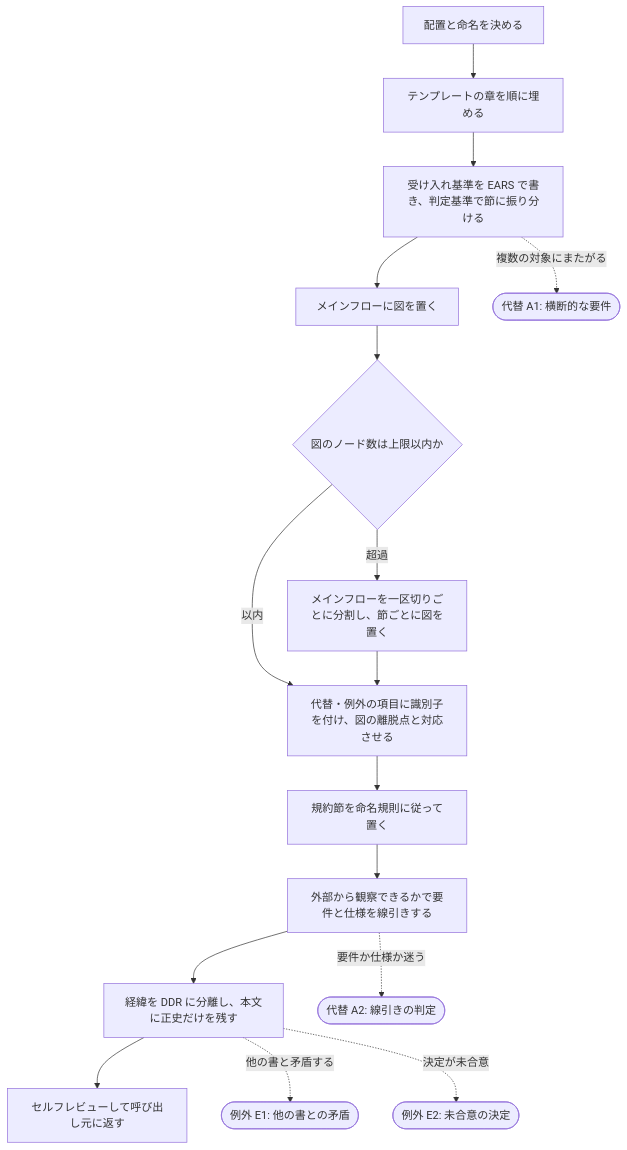
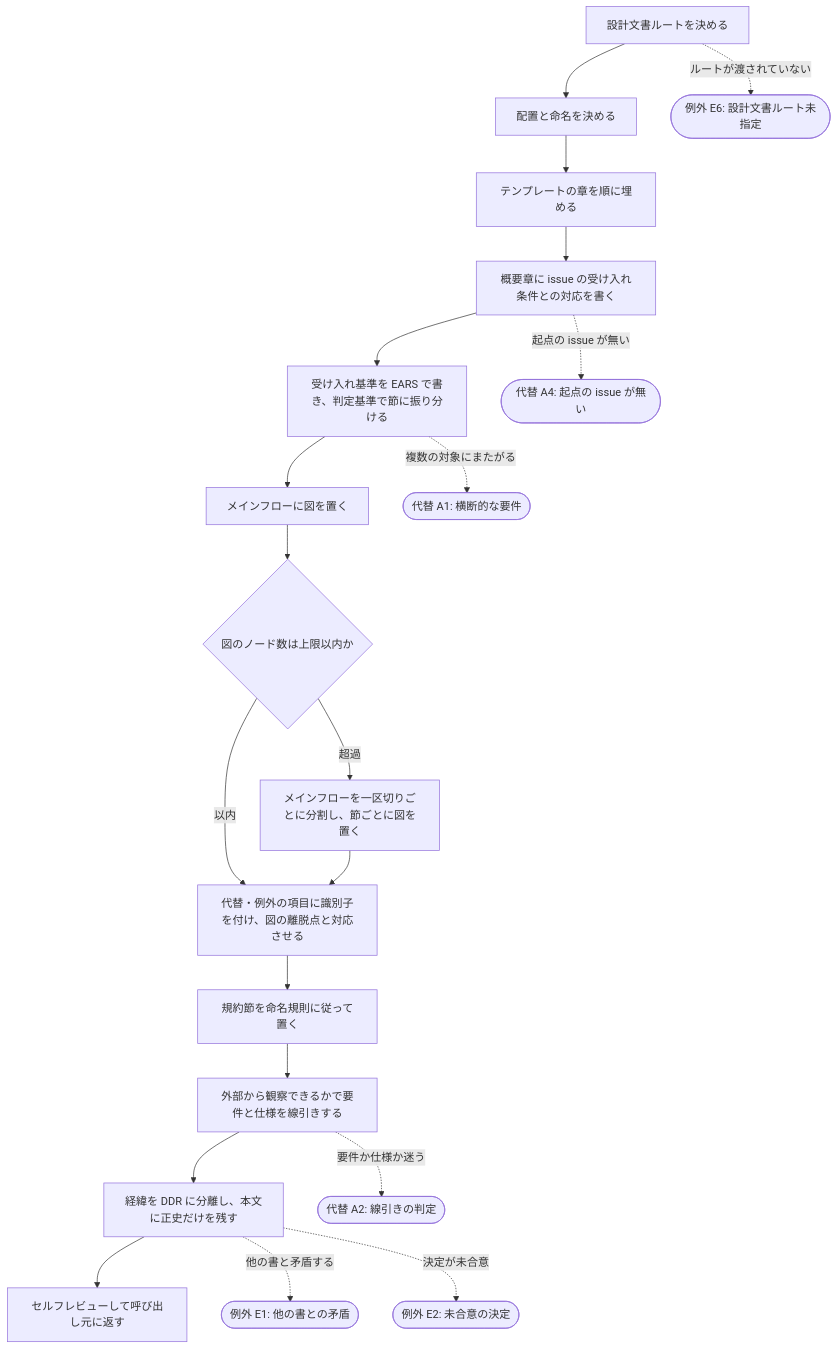
One commit to yuki-matsu783/issue-mr-ticket-workflow changed the diagram in .claude/docs/00_requirement/skills/20-common-step-requirement.md. Above: the diagram before and after it, drawn with Mermaid. The commit also changed other lines of this file and 54 other files, not shown here.

````diff
--- a/.claude/docs/00_requirement/skills/20-common-step-requirement.md
+++ b/.claude/docs/00_requirement/skills/20-common-step-requirement.md
@@ -37,22 +47,28 @@
 ```mermaid
 flowchart TD
-  M1[配置と命名を決める] --> M2[テンプレートの章を順に埋める]
-  M2 --> M3[受け入れ基準を EARS で書き、判定基準で節に振り分ける]
-  M3 --> M4[メインフローに図を置く]
+  M0[設計文書ルートを決める] --> M1[配置と命名を決める]
+  M1 --> M12[テンプレートの章を順に埋める]
+  M12 --> M13[概要章に issue の受け入れ条件との対応を書く]
+  M13 --> M2[受け入れ基準を EARS で書き、判定基準で節に振り分ける]
+  M2 --> M4[メインフローに図を置く]
   M4 --> M5{図のノード数は上限以内か}
   M5 -->|以内| M7[代替・例外の項目に識別子を付け、図の離脱点と対応させる]
   M5 -->|超過| M6[メインフローを一区切りごとに分割し、節ごとに図を置く]
   M6 --> M7
   M7 --> M8[規約節を命名規則に従って置く]
   M8 --> M9[外部から観察できるかで要件と仕様を線引きする]
   M9 --> M10[経緯を DDR に分離し、本文に正史だけを残す]
   M10 --> M11[セルフレビューして呼び出し元に返す]
-  M3 -.->|複数の対象にまたがる| A1
+  M0 -.->|ルートが渡されていない| E6
+  M13 -.->|起点の issue が無い| A4
+  M2 -.->|複数の対象にまたがる| A1
   M9 -.->|要件か仕様か迷う| A2
   M10 -.->|他の書と矛盾する| E1
   M10 -.->|決定が未合意| E2
   A1([代替 A1: 横断的な要件])
   A2([代替 A2: 線引きの判定])
+  A4([代替 A4: 起点の issue が無い])
   E1([例外 E1: 他の書との矛盾])
   E2([例外 E2: 未合意の決定])
+  E6([例外 E6: 設計文書ルート未指定])
 ```
````
